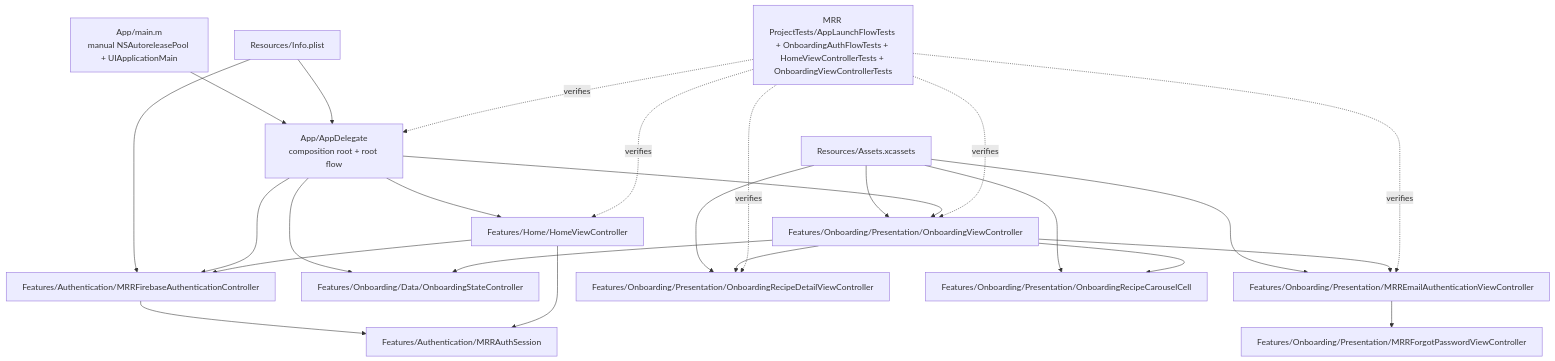
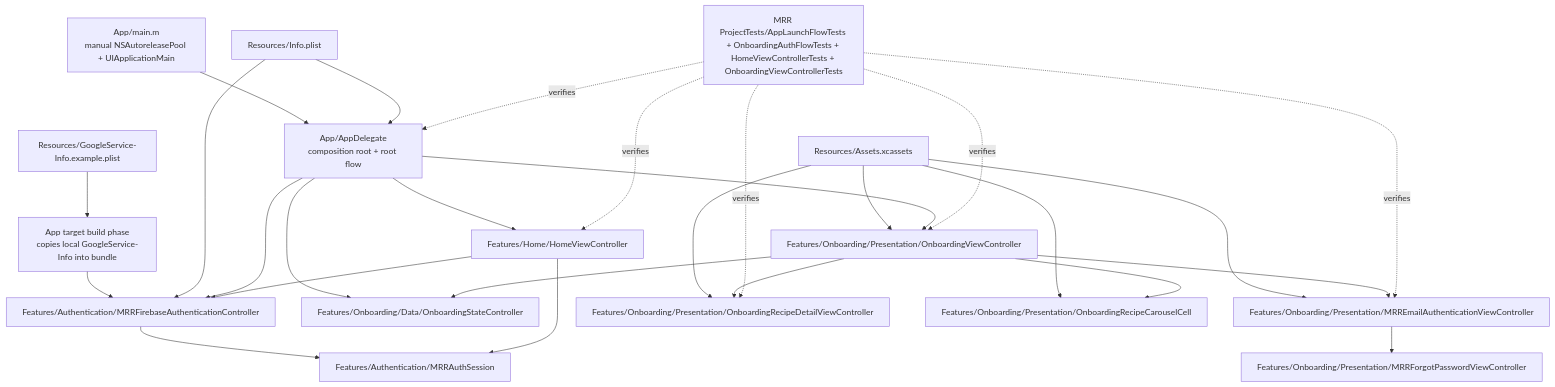
Before and after one commit to bengidev/ios-mrr-experiment: the first of 6 diagrams in ARCHITECTURE.md, drawn with Mermaid. The commit also changed other lines of this file and 6 other files, not shown here.

````diff
--- a/ARCHITECTURE.md
+++ b/ARCHITECTURE.md
@@ -29,42 +30,46 @@
 ```mermaid
 flowchart TB
   main["App/main.m<br/>manual NSAutoreleasePool + UIApplicationMain"]
   plist["Resources/Info.plist"]
+  firebaseTemplate["Resources/GoogleService-Info.example.plist"]
+  buildPhase["App target build phase<br/>copies local GoogleService-Info into bundle"]
   assets["Resources/Assets.xcassets"]
   app["App/AppDelegate<br/>composition root + root flow"]
   auth["Features/Authentication/MRRFirebaseAuthenticationController"]
   session["Features/Authentication/MRRAuthSession"]
   onboardingState["Features/Onboarding/Data/OnboardingStateController"]
   onboardingVC["Features/Onboarding/Presentation/OnboardingViewController"]
   emailAuthVC["Features/Onboarding/Presentation/MRREmailAuthenticationViewController"]
   forgotPasswordVC["Features/Onboarding/Presentation/MRRForgotPasswordViewController"]
   onboardingDetailVC["Features/Onboarding/Presentation/OnboardingRecipeDetailViewController"]
   carouselCell["Features/Onboarding/Presentation/OnboardingRecipeCarouselCell"]
   homeVC["Features/Home/HomeViewController"]
   tests["MRR ProjectTests/AppLaunchFlowTests + OnboardingAuthFlowTests + HomeViewControllerTests + OnboardingViewControllerTests"]
 
   main --> app
   plist --> app
+  firebaseTemplate --> buildPhase
+  buildPhase --> auth
   plist --> auth
   assets --> onboardingVC
   assets --> emailAuthVC
   assets --> onboardingDetailVC
   assets --> carouselCell
   app --> auth
   auth --> session
   app --> onboardingState
   app --> onboardingVC
   app --> homeVC
   onboardingVC --> onboardingState
   onboardingVC --> emailAuthVC
   emailAuthVC --> forgotPasswordVC
   onboardingVC --> onboardingDetailVC
   onboardingVC --> carouselCell
   homeVC --> auth
   homeVC --> session
   tests -.verifies.-> app
   tests -.verifies.-> onboardingVC
   tests -.verifies.-> emailAuthVC
   tests -.verifies.-> homeVC
   tests -.verifies.-> onboardingDetailVC
 ```
````
